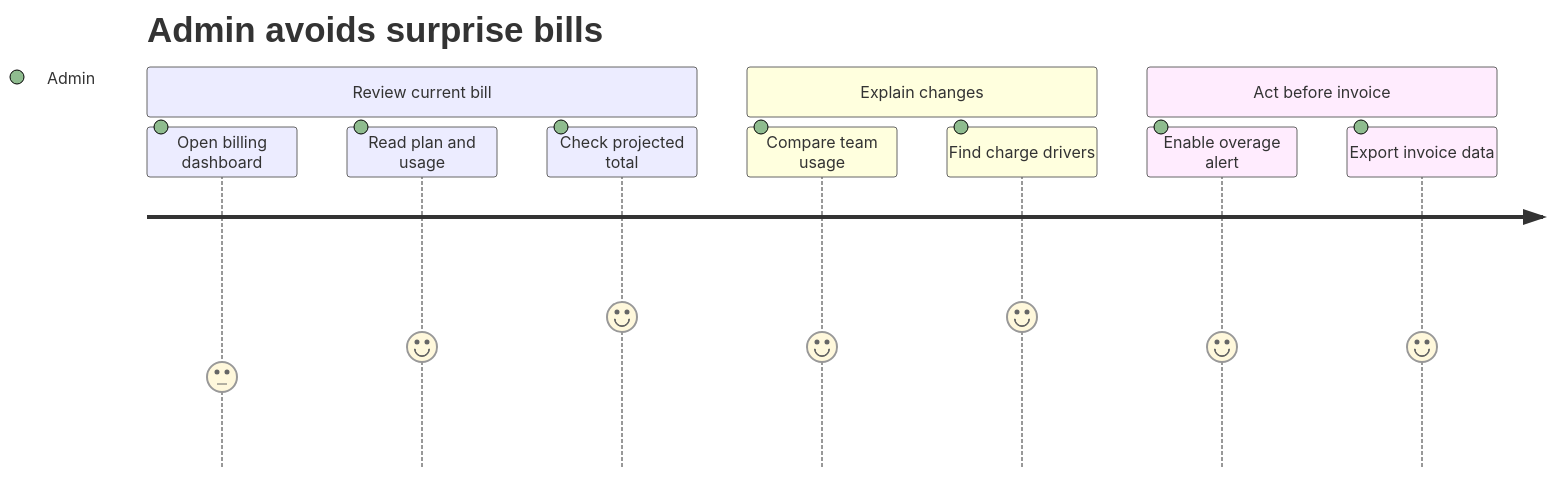
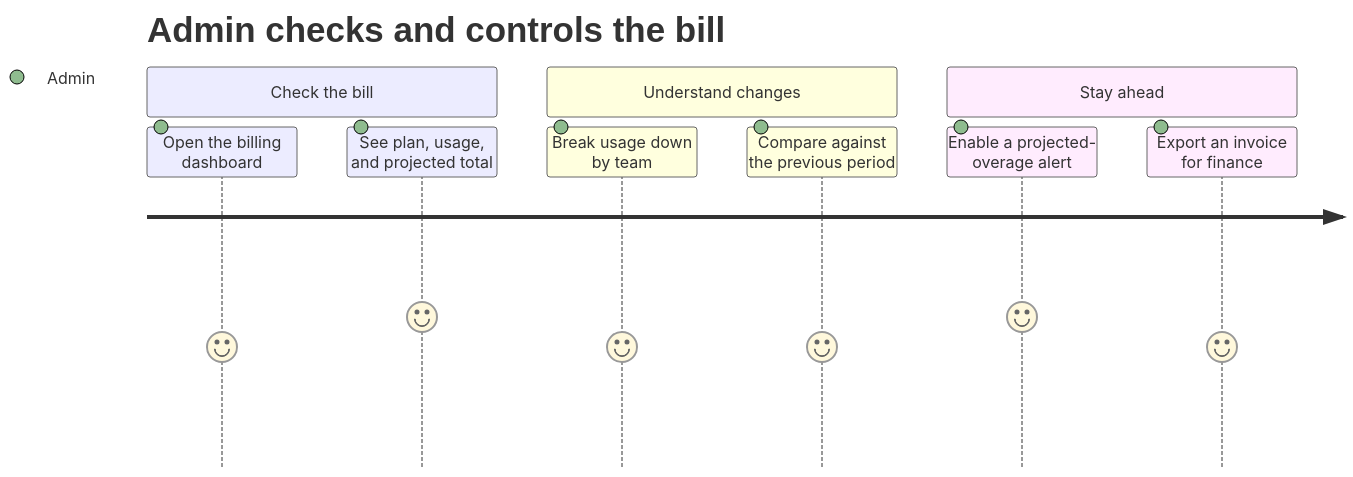
Before and after one commit to d0whc3r/spec-kit-product: the first of 4 diagrams in examples/specs/002-billing-usage-dashboard/product/20-plan.md, drawn with Mermaid. The commit also changed other lines of this file and 4 other files, not shown here.

First line of the commit message:
Refactor Self-Serve Billing Usage Dashboard Documentation

````diff
--- a/examples/specs/002-billing-usage-dashboard/product/20-plan.md
+++ b/examples/specs/002-billing-usage-dashboard/product/20-plan.md
@@ -20,14 +20,13 @@
 ```mermaid
 journey
-    title Admin avoids surprise bills
-    section Review current bill
-      Open billing dashboard: 3: Admin
-      Read plan and usage: 4: Admin
-      Check projected total: 5: Admin
-    section Explain changes
-      Compare team usage: 4: Admin
-      Find charge drivers: 5: Admin
-    section Act before invoice
-      Enable overage alert: 4: Admin
-      Export invoice data: 4: Admin
+    title Admin checks and controls the bill
+    section Check the bill
+      Open the billing dashboard: 4: Admin
+      See plan, usage, and projected total: 5: Admin
+    section Understand changes
+      Break usage down by team: 4: Admin
+      Compare against the previous period: 4: Admin
+    section Stay ahead
+      Enable a projected-overage alert: 5: Admin
+      Export an invoice for finance: 4: Admin
 ```
````
